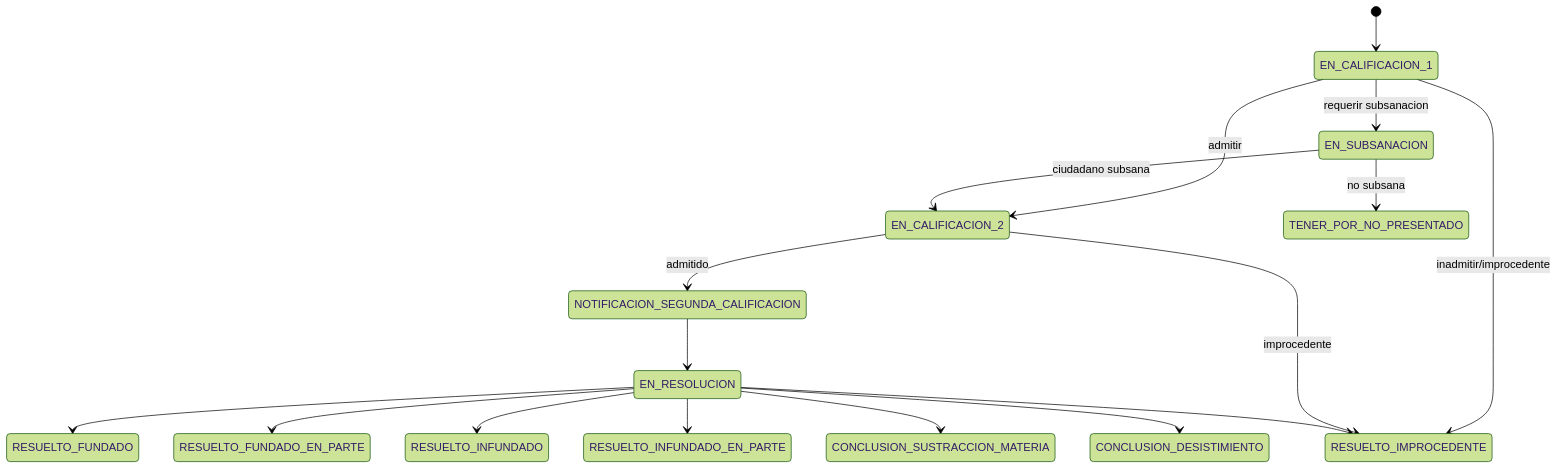
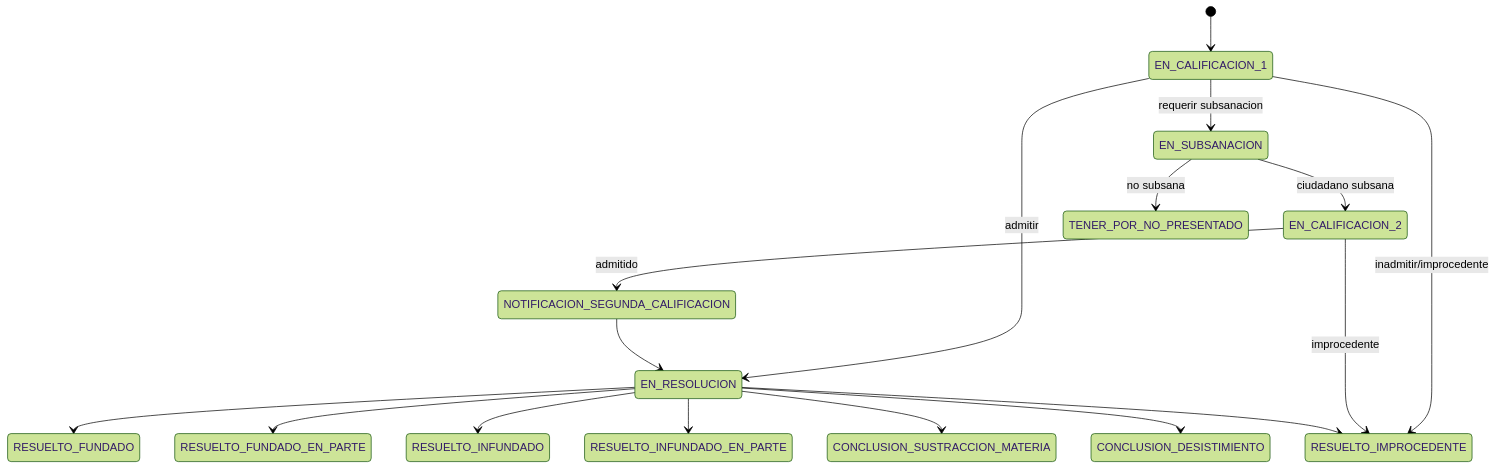
Before and after one commit to transparenciapublicadev/plataforma-saip-apelaciones: the second of 2 diagrams in docs/src/content/docs/dominio/flujo-estados.mdx, drawn with Mermaid (forest theme). The commit also changed other lines of this file and 5 other files, not shown here.

````diff
--- a/docs/src/content/docs/dominio/flujo-estados.mdx
+++ b/docs/src/content/docs/dominio/flujo-estados.mdx
@@ -79,19 +79,19 @@
 ```mermaid
 stateDiagram-v2
     [*] --> EN_CALIFICACION_1
-    EN_CALIFICACION_1 --> EN_CALIFICACION_2: admitir
+    EN_CALIFICACION_1 --> EN_RESOLUCION: admitir
     EN_CALIFICACION_1 --> EN_SUBSANACION: requerir subsanacion
     EN_CALIFICACION_1 --> RESUELTO_IMPROCEDENTE: inadmitir/improcedente
     EN_SUBSANACION --> EN_CALIFICACION_2: ciudadano subsana
     EN_SUBSANACION --> TENER_POR_NO_PRESENTADO: no subsana
     EN_CALIFICACION_2 --> NOTIFICACION_SEGUNDA_CALIFICACION: admitido
     EN_CALIFICACION_2 --> RESUELTO_IMPROCEDENTE: improcedente
     NOTIFICACION_SEGUNDA_CALIFICACION --> EN_RESOLUCION
     EN_RESOLUCION --> RESUELTO_FUNDADO
     EN_RESOLUCION --> RESUELTO_FUNDADO_EN_PARTE
     EN_RESOLUCION --> RESUELTO_INFUNDADO
     EN_RESOLUCION --> RESUELTO_INFUNDADO_EN_PARTE
     EN_RESOLUCION --> RESUELTO_IMPROCEDENTE
     EN_RESOLUCION --> CONCLUSION_SUSTRACCION_MATERIA
     EN_RESOLUCION --> CONCLUSION_DESISTIMIENTO
 ```
````
